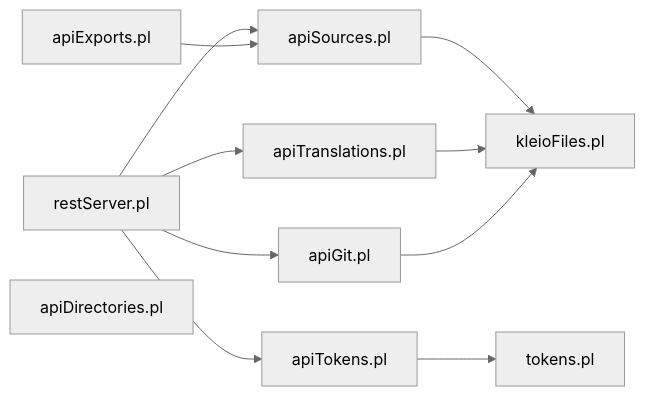
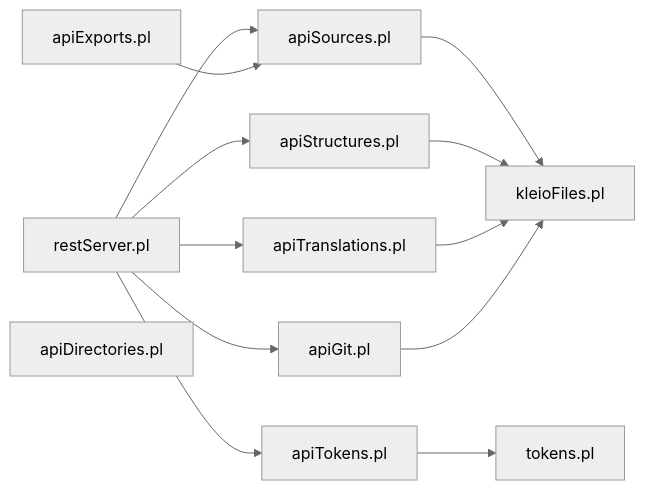
Before and after one commit to time-link/timelink-kleio: the eighth of 8 diagrams in .qoder/repowiki/en/content/API Reference/API Reference.md, drawn with Mermaid (neutral theme). The commit also changed other lines of this file and 189 other files, not shown here.

````diff
--- a/.qoder/repowiki/en/content/API Reference/API Reference.md
+++ b/.qoder/repowiki/en/content/API Reference/API Reference.md
@@ -413,21 +481,24 @@
 ```mermaid
 graph LR
 RS["restServer.pl"]
+AST["apiStructures.pl"]
 ATS["apiTranslations.pl"]
 AS["apiSources.pl"]
 AT["apiTokens.pl"]
 AG["apiGit.pl"]
 AKF["kleioFiles.pl"]
 TOK["tokens.pl"]
 AEXP["apiExports.pl"]
 AD["apiDirectories.pl"]
 RS --> AS
+RS --> AST
 RS --> ATS
 RS --> AT
 RS --> AG
 AS --> AKF
+AST --> AKF
 ATS --> AKF
 AG --> AKF
 AT --> TOK
 AEXP --> AS
 ```
````
